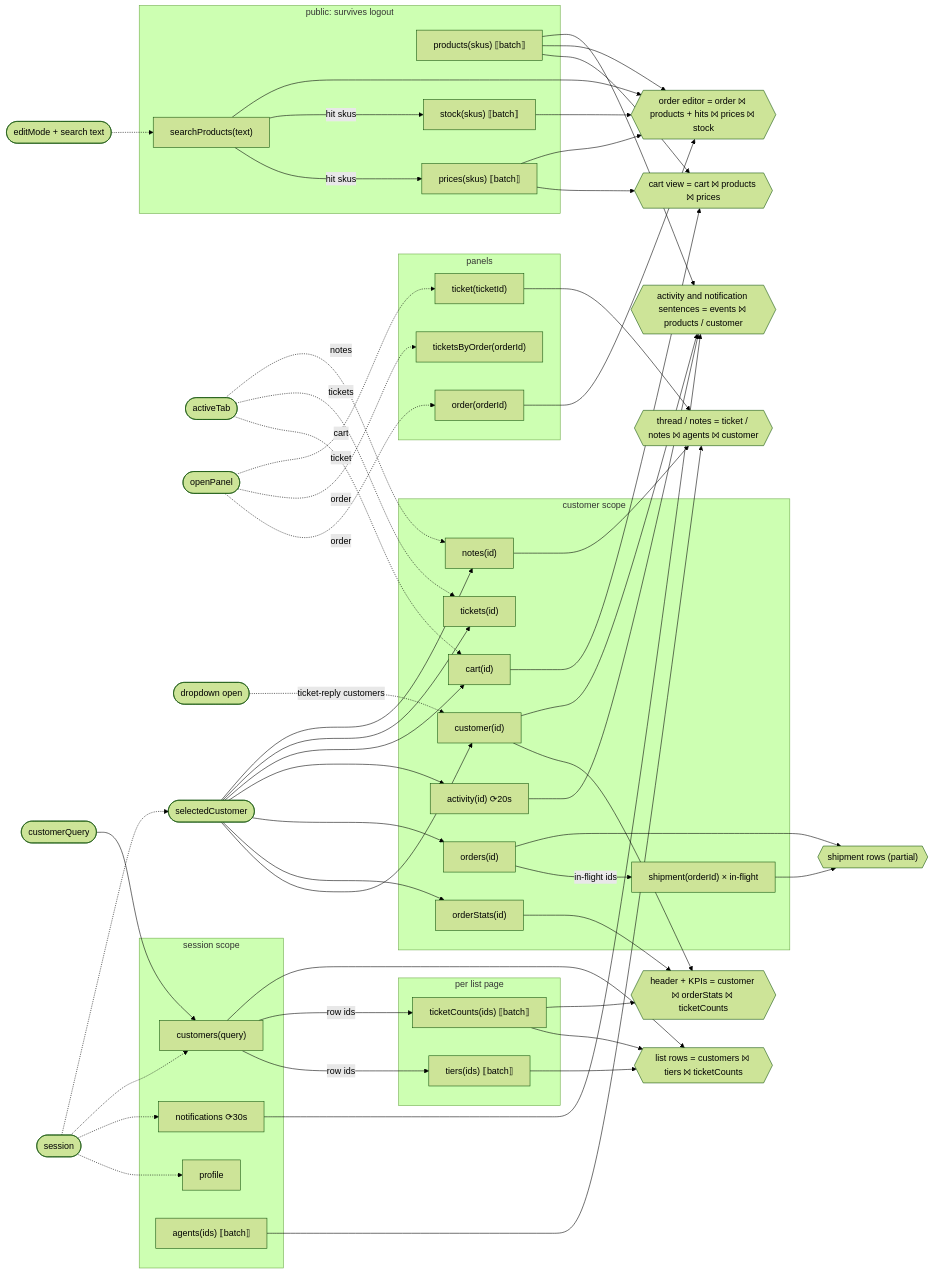
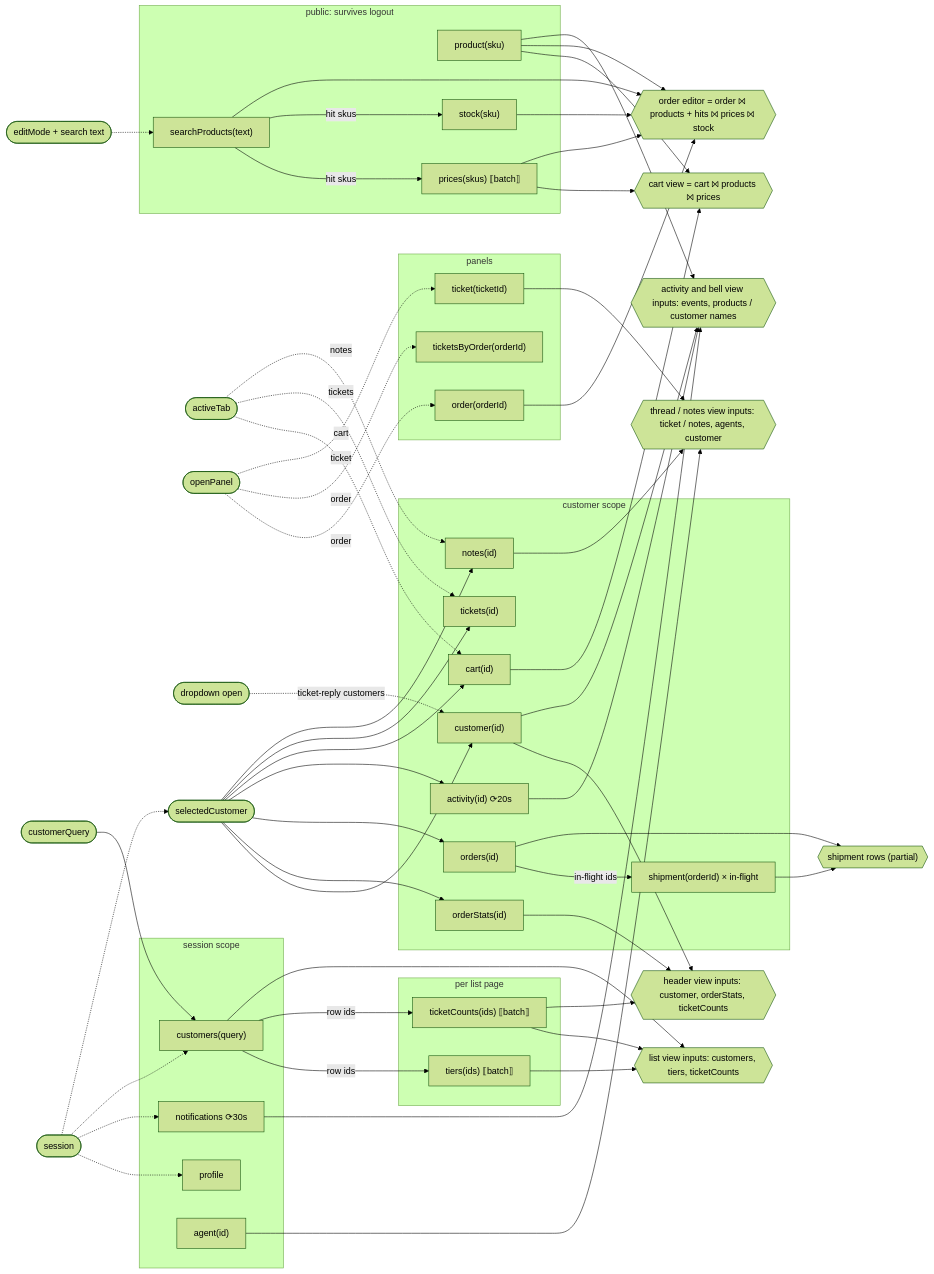
The first of 2 diagrams in docs/contest/dataflow.md (earthdmitriy/rx-evo), drawn with Mermaid (forest theme) before and after one commit. The commit also changed other lines of this file and 419 other files, not shown here.

```diff
--- a/docs/contest/dataflow.md
+++ b/docs/contest/dataflow.md
@@ -30,7 +30,7 @@
     profile[profile]
     notifications["notifications ⟳30s"]
     customers["customers(query)"]
-    agents["agents(ids) ⟦batch⟧"]
+    agents["agent(id)"]
   end
 
   subgraph rowScope [per list page]
@@ -56,9 +56,9 @@
   end
 
   subgraph publicScope [public: survives logout]
-    products["products(skus) ⟦batch⟧"]
+    products["product(sku)"]
     prices["prices(skus) ⟦batch⟧"]
-    stock["stock(skus) ⟦batch⟧"]
+    stock["stock(sku)"]
     search["searchProducts(text)"]
   end
 
@@ -89,19 +89,19 @@
   search --> editor
   prices --> editor
   stock --> editor
-  rows{{"list rows = customers ⨝ tiers ⨝ ticketCounts"}}
+  rows{{"list view inputs: customers, tiers, ticketCounts"}}
   customers --> rows
   tiers --> rows
   counts --> rows
-  header{{"header + KPIs = customer ⨝ orderStats ⨝ ticketCounts"}}
+  header{{"header view inputs: customer, orderStats, ticketCounts"}}
   customer --> header
   stats --> header
   counts --> header
-  threads{{"thread / notes = ticket / notes ⨝ agents ⨝ customer"}}
+  threads{{"thread / notes view inputs: ticket / notes, agents, customer"}}
   ticket --> threads
   notes --> threads
   agents --> threads
-  sentences{{"activity and notification sentences = events ⨝ products / customer"}}
+  sentences{{"activity and bell view inputs: events, products / customer names"}}
   activity --> sentences
   products --> sentences
   notifications --> sentences
```
